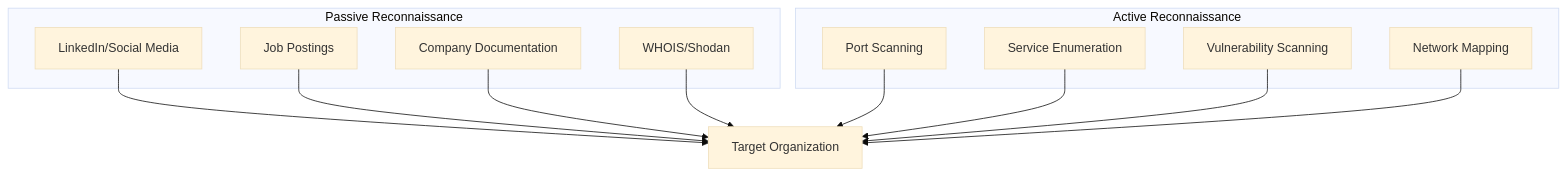
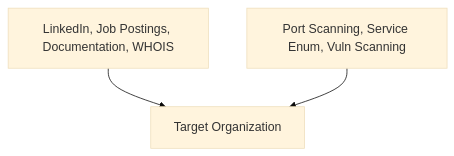
One commit to manojxshrestha/SOC-Analyst-Cheatsheet changed the fifth of 28 diagrams in 1-Incident-Handling-Process/README.md. Above: the diagram before and after it, drawn with Mermaid (base theme). The commit also changed other lines of this file, not shown here.

````diff
--- a/1-Incident-Handling-Process/README.md
+++ b/1-Incident-Handling-Process/README.md
@@ -177,27 +177,9 @@
 ```mermaid
-graph TD
-    subgraph "Passive Reconnaissance"
-        P1[LinkedIn/Social Media]
-        P2[Job Postings]
-        P3[Company Documentation]
-        P4[WHOIS/Shodan]
-    end
+flowchart TD
+    Passive_Recon --> Target
+    Active_Recon --> Target
     
-    subgraph "Active Reconnaissance"
-        A1[Port Scanning]
-        A2[Service Enumeration]
-        A3[Vulnerability Scanning]
-        A4[Network Mapping]
-    end
-    
-    P1 --> Target
-    P2 --> Target
-    P3 --> Target
-    P4 --> Target
-    A1 --> Target
-    A2 --> Target
-    A3 --> Target
-    A4 --> Target
-    
+    Passive_Recon[LinkedIn, Job Postings, Documentation, WHOIS]
+    Active_Recon[Port Scanning, Service Enum, Vuln Scanning]
     Target[Target Organization]
 ```
````
